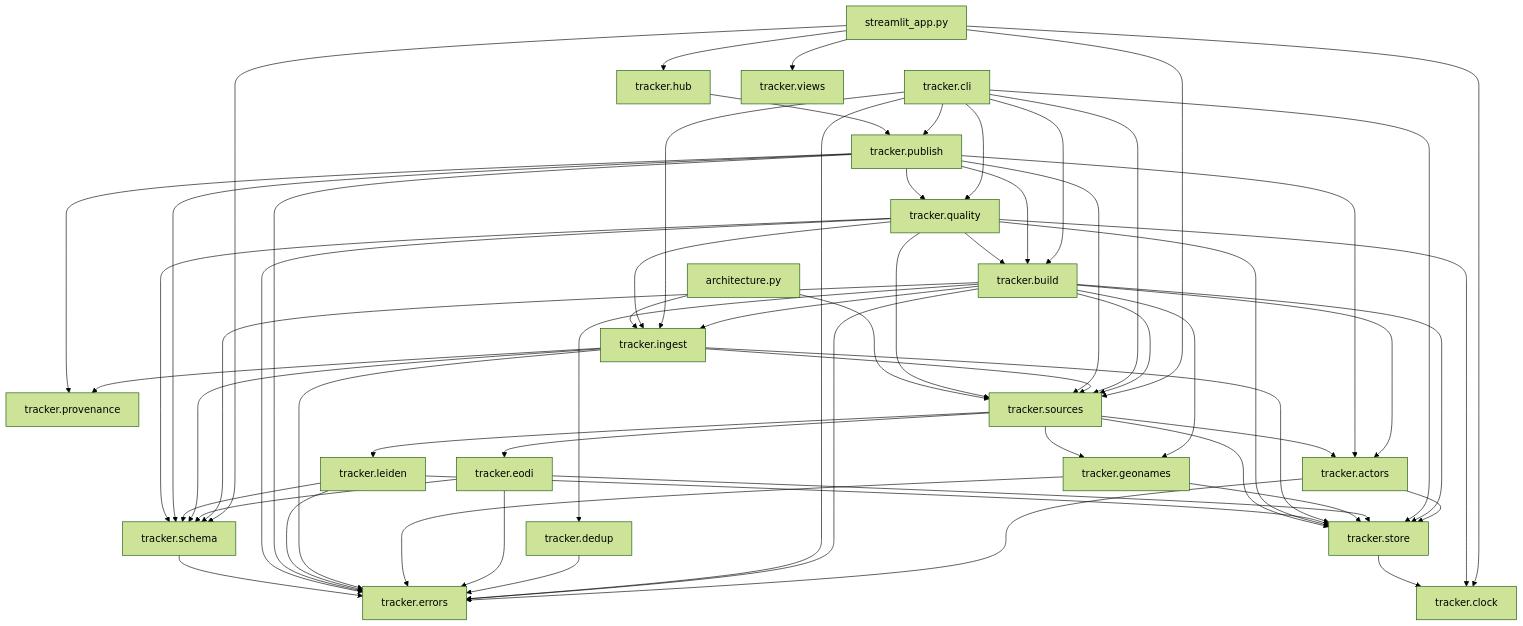
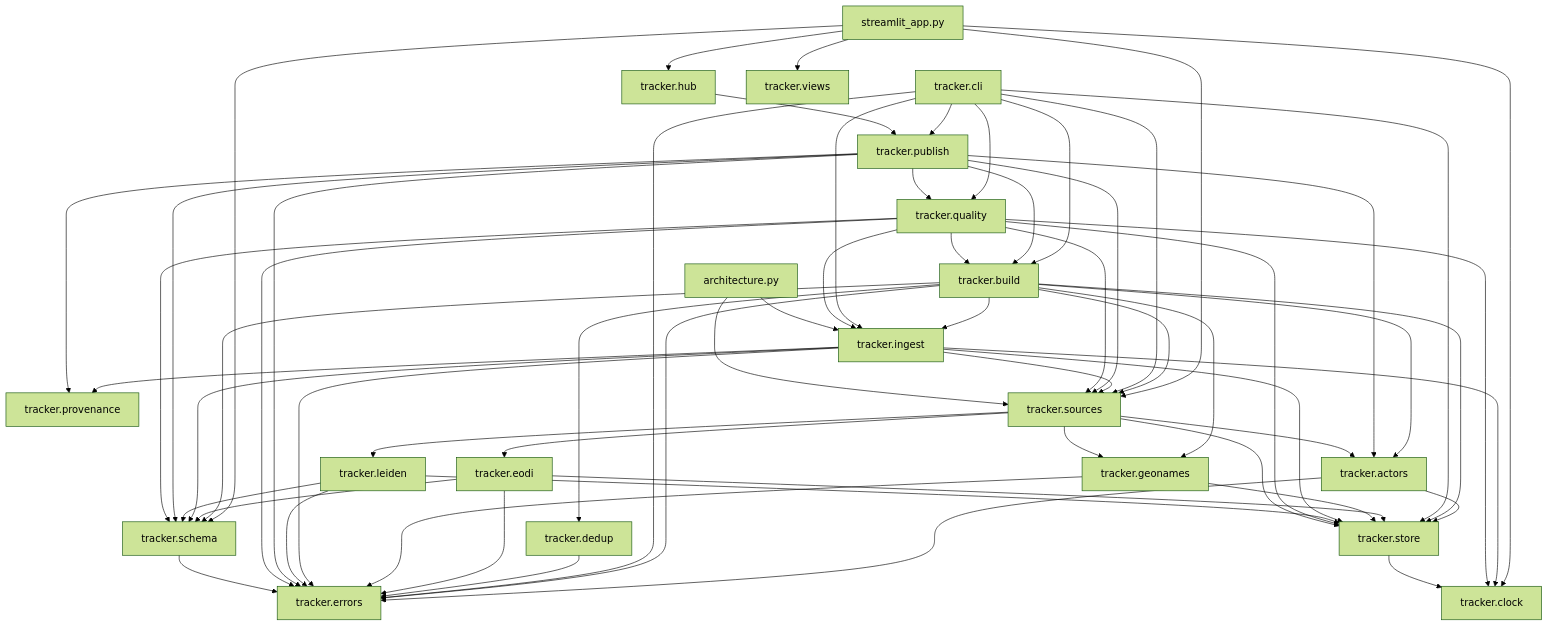
Before and after one commit to tryph0n/hybrid-tracker: the third of 3 diagrams in docs/architecture.md, drawn with Mermaid (forest theme). The commit also changed 4 other files, not shown here.

```diff
--- a/docs/architecture.md
+++ b/docs/architecture.md
@@ -199,6 +199,7 @@
   module_tracker_geonames --> module_tracker_errors
   module_tracker_geonames --> module_tracker_store
   module_tracker_hub --> module_tracker_publish
+  module_tracker_ingest --> module_tracker_clock
   module_tracker_ingest --> module_tracker_errors
   module_tracker_ingest --> module_tracker_provenance
   module_tracker_ingest --> module_tracker_schema
```
